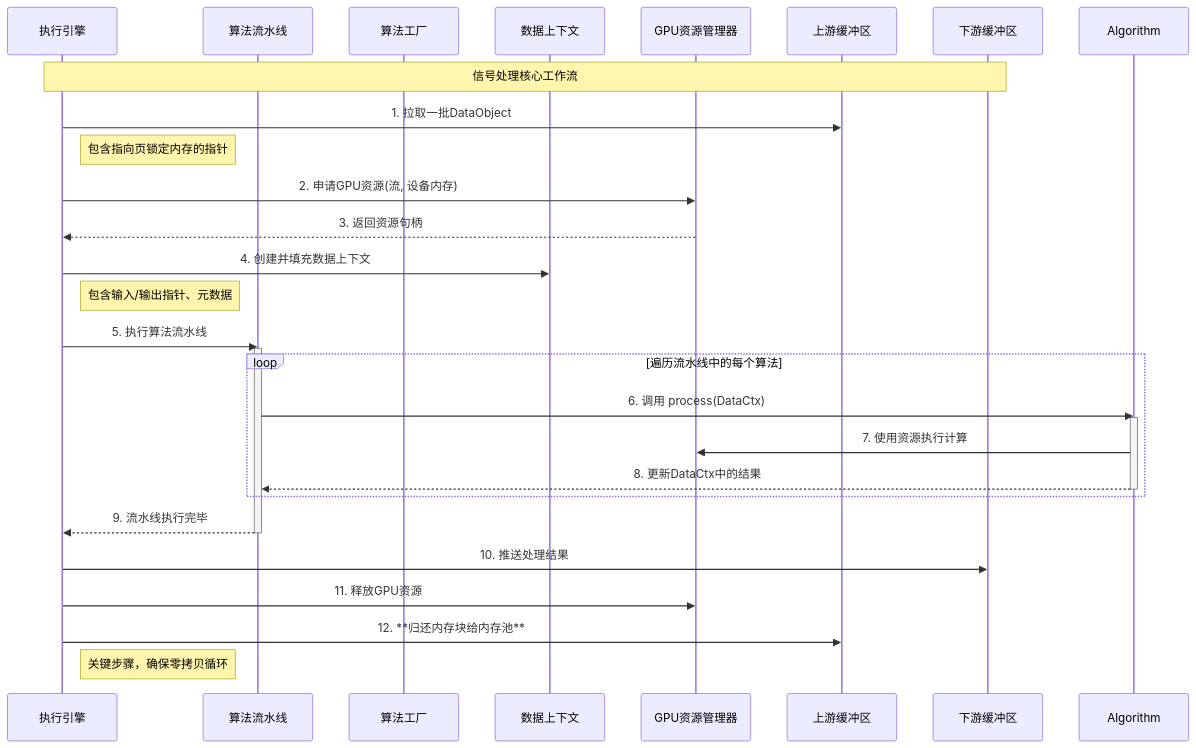
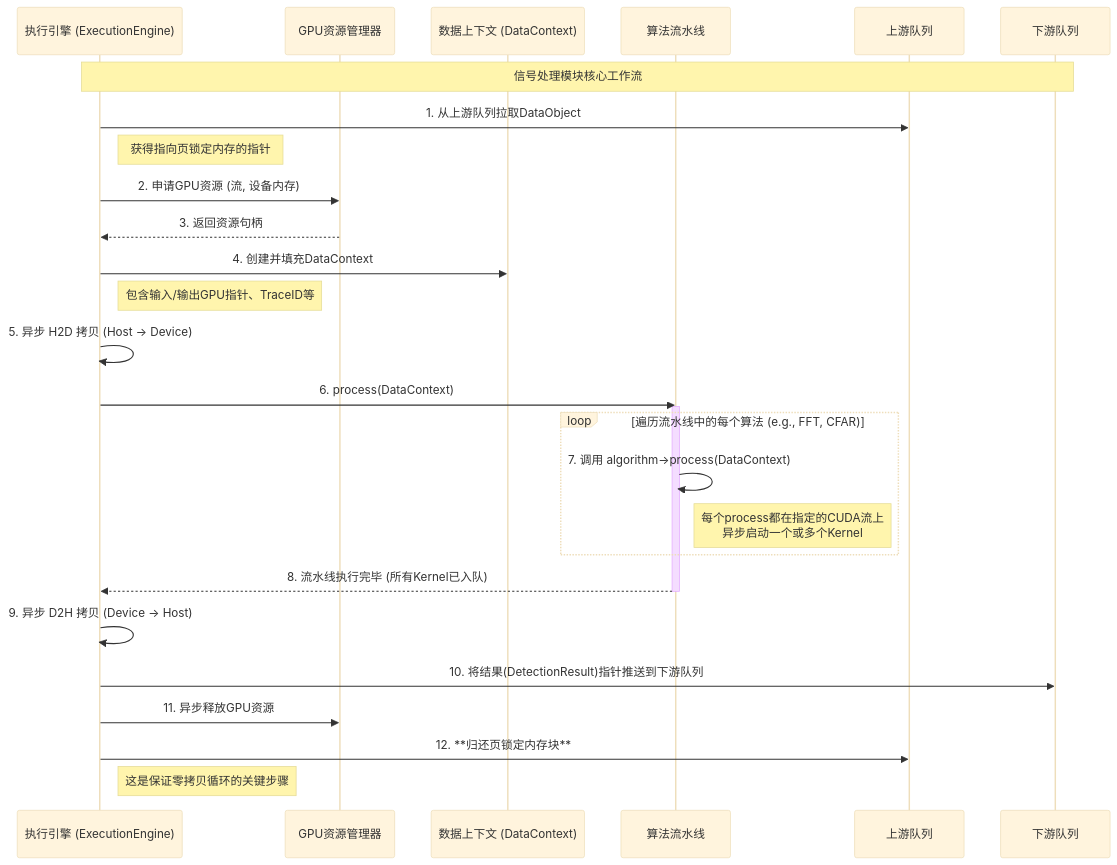
The third of 11 diagrams in docs/01_项目设计/02_模块设计/02_信号处理模块设计.md (wendizhou99-cell/Radar), drawn with Mermaid before and after one commit. The commit also changed other lines of this file and 26 other files, not shown here.

First line of the commit message:
docs: 完成数据架构文档系列重构和Mermaid可视化指南增强

````diff
--- a/docs/01_项目设计/02_模块设计/02_信号处理模块设计.md
+++ b/docs/01_项目设计/02_模块设计/02_信号处理模块设计.md
@@ -224,40 +257,47 @@
 ```mermaid
+---
+config:
+  theme: base
+  flowchart:
+    curve: basis
+---
 sequenceDiagram
-    participant Engine as 执行引擎
+    participant Engine as 执行引擎 (ExecutionEngine)
+    participant GpuMgr as GPU资源管理器
+    participant DataCtx as 数据上下文 (DataContext)
     participant Pipeline as 算法流水线
-    participant Factory as 算法工厂
-    participant DataCtx as 数据上下文
-    participant GpuMgr as GPU资源管理器
-    participant Upstream as 上游缓冲区
-    participant Downstream as 下游缓冲区
+    participant Upstream as 上游队列
+    participant Downstream as 下游队列
 
-    Note over Engine,Downstream: 信号处理核心工作流
+    Note over Engine,Downstream: 信号处理模块核心工作流
 
-    Engine->>Upstream: 1. 拉取一批DataObject
-    Note right of Engine: 包含指向页锁定内存的指针
+    Engine->>Upstream: 1. 从上游队列拉取DataObject
+    Note right of Engine: 获得指向页锁定内存的指针
 
-    Engine->>GpuMgr: 2. 申请GPU资源(流, 设备内存)
+    Engine->>GpuMgr: 2. 申请GPU资源 (流, 设备内存)
     GpuMgr-->>Engine: 3. 返回资源句柄
 
-    Engine->>DataCtx: 4. 创建并填充数据上下文
-    Note right of Engine: 包含输入/输出指针、元数据
+    Engine->>DataCtx: 4. 创建并填充DataContext
+    Note right of Engine: 包含输入/输出GPU指针、TraceID等
 
-    Engine->>Pipeline: 5. 执行算法流水线
+    Engine->>Engine: 5. 异步 H2D 拷贝 (Host -> Device)
 
+    Engine->>Pipeline: 6. process(DataContext)
     activate Pipeline
-    loop 遍历流水线中的每个算法
-        Pipeline->>Algorithm: 6. 调用 process(DataCtx)
-        activate Algorithm
-        Algorithm->>GpuMgr: 7. 使用资源执行计算
-        Algorithm-->>Pipeline: 8. 更新DataCtx中的结果
-        deactivate Algorithm
+    loop 遍历流水线中的每个算法 (e.g., FFT, CFAR)
+        Pipeline->>Pipeline: 7. 调用 algorithm->process(DataContext)
+        Note right of Pipeline: 每个process都在指定的CUDA流上<br/>异步启动一个或多个Kernel
     end
-    Pipeline-->>Engine: 9. 流水线执行完毕
+    Pipeline-->>Engine: 8. 流水线执行完毕 (所有Kernel已入队)
     deactivate Pipeline
 
-    Engine->>Downstream: 10. 推送处理结果
-    Engine->>GpuMgr: 11. 释放GPU资源
-    Engine->>Upstream: 12. **归还内存块给内存池**
-    Note right of Engine: 关键步骤，确保零拷贝循环
+    Engine->>Engine: 9. 异步 D2H 拷贝 (Device -> Host)
+
+    Engine->>Downstream: 10. 将结果(DetectionResult)指针推送到下游队列
+
+    Engine->>GpuMgr: 11. 异步释放GPU资源
+
+    Engine->>Upstream: 12. **归还页锁定内存块**
+    Note right of Engine: 这是保证零拷贝循环的关键步骤
 
 ```
````
